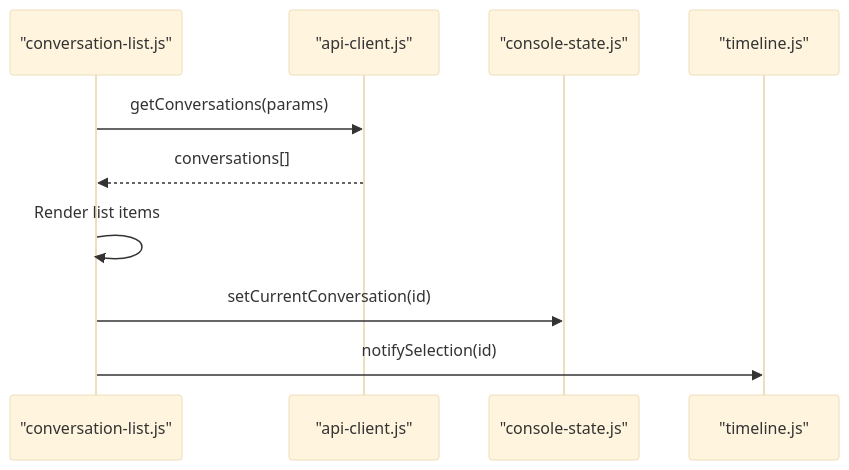
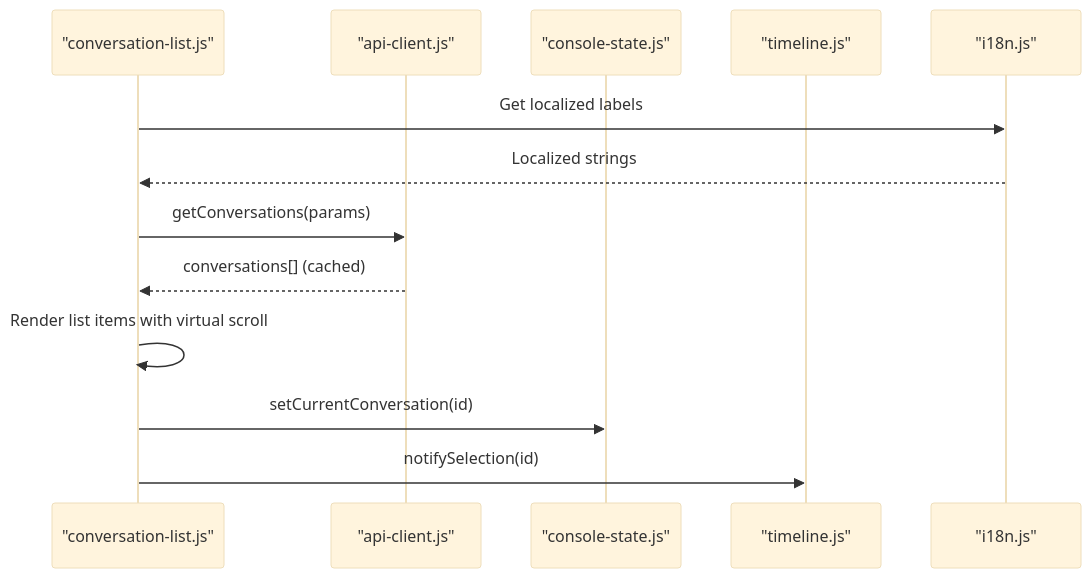
One commit to zuohaisu/wecom-archive changed the sixth of 15 diagrams in .qoder/repowiki/en/content/Web Application/Client-Side Architecture.md. Above: the diagram before and after it, drawn with Mermaid (base theme). The commit also changed other lines of this file and 95 other files, not shown here.

````diff
--- a/.qoder/repowiki/en/content/Web Application/Client-Side Architecture.md
+++ b/.qoder/repowiki/en/content/Web Application/Client-Side Architecture.md
@@ -264,12 +305,15 @@
 ```mermaid
 sequenceDiagram
 participant CL as "conversation-list.js"
 participant API as "api-client.js"
 participant State as "console-state.js"
 participant TL as "timeline.js"
+participant I18N as "i18n.js"
+CL->>I18N : Get localized labels
+I18N-->>CL : Localized strings
 CL->>API : getConversations(params)
-API-->>CL : conversations[]
-CL->>CL : Render list items
+API-->>CL : conversations[] (cached)
+CL->>CL : Render list items with virtual scroll
 CL->>State : setCurrentConversation(id)
 CL->>TL : notifySelection(id)
 ```
````
